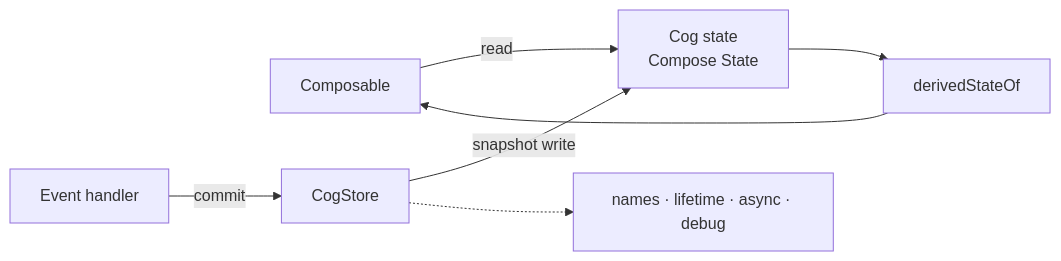
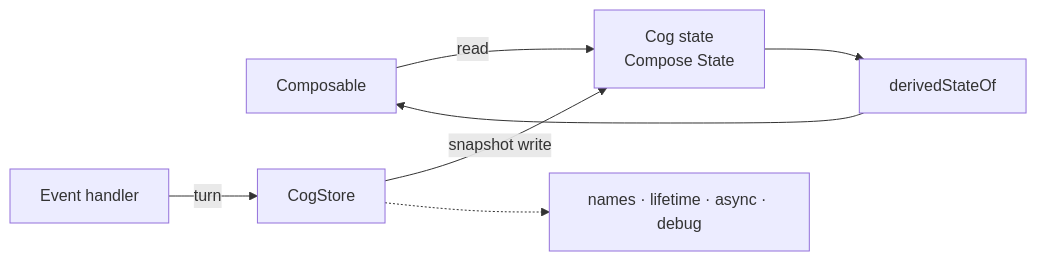
One commit to skeswa/cog changed the diagram in docs/kotlin/README.md. Above: the diagram before and after it, drawn with Mermaid. The commit also changed other lines of this file and 309 other files, not shown here.

````diff
--- a/docs/kotlin/README.md
+++ b/docs/kotlin/README.md
@@ -54,9 +55,9 @@
 ```mermaid
 flowchart LR
     UI["Composable"] -->|"read"| State["Cog state<br/>Compose State"]
-    Event["Event handler"] -->|"commit"| Store["CogStore"]
+    Event["Event handler"] -->|"turn"| Store["CogStore"]
     Store -->|"snapshot write"| State
-    State --> Derived["derivedStateOf"]
-    Derived --> UI
+    State --> Automatic["derivedStateOf"]
+    Automatic --> UI
     Store -.-> Policy["names · lifetime · async · debug"]
 ```
````
